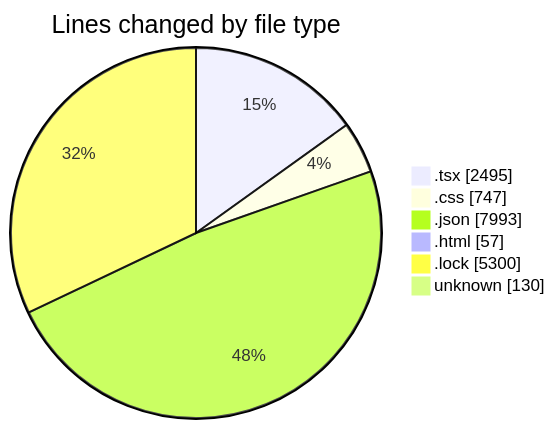
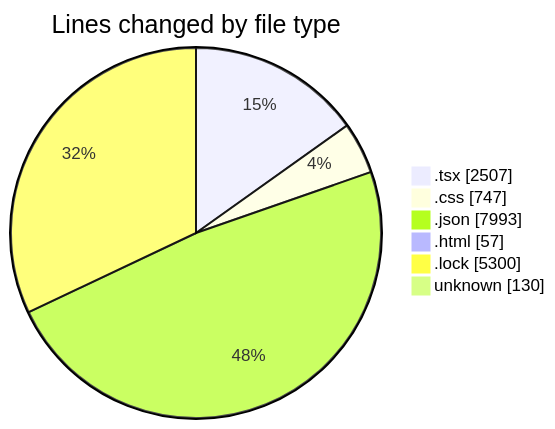
Before and after one commit to EIIisD/code-tracking: the first of 2 diagrams in 2025-08-12/ribbon/README.md, drawn with Mermaid. The commit also changed other lines of this file and 1 other file, not shown here.

````diff
--- a/2025-08-12/ribbon/README.md
+++ b/2025-08-12/ribbon/README.md
@@ -38,10 +38,10 @@
 ```mermaid
 pie showData
 title Lines changed by file type
-".tsx" : 2495
+".tsx" : 2507
 ".css" : 747
 ".json" : 7993
 ".html" : 57
 ".lock" : 5300
 "unknown" : 130
 ```
````
